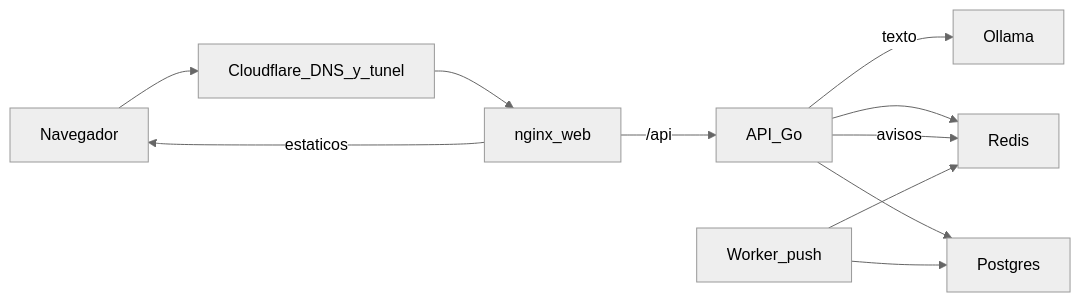
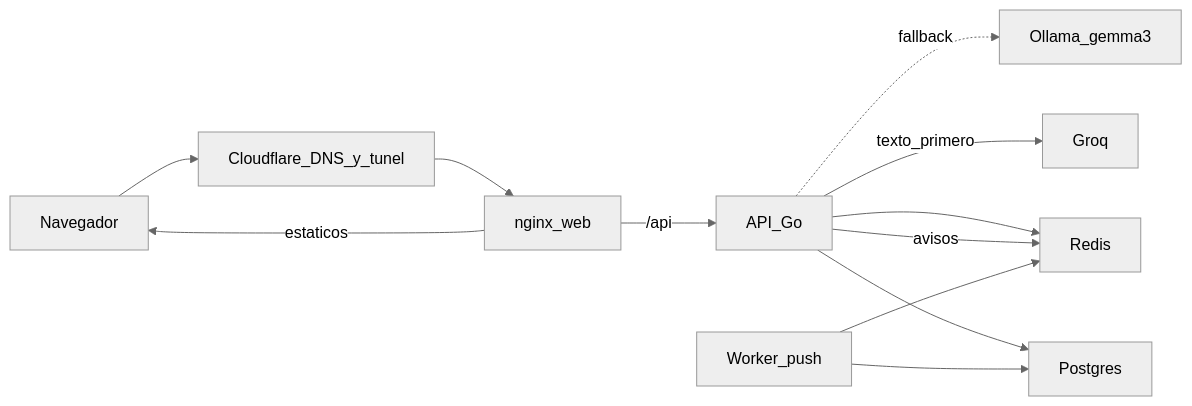
Before and after one commit to josh-94/APPRUMBO: the diagram in docs/arquitectura.md, drawn with Mermaid (neutral theme). The commit also changed other lines of this file and 5 other files, not shown here.

First line of the commit message:
Use gemma3:1b as Ollama fallback when Groq is unavailable.

````diff
--- a/docs/arquitectura.md
+++ b/docs/arquitectura.md
@@ -9,20 +9,22 @@
 ```mermaid
 flowchart LR
   browser[Navegador]
   cf[Cloudflare_DNS_y_tunel]
   web[nginx_web]
   api[API_Go]
   pg[Postgres]
   redis[Redis]
   worker[Worker_push]
-  ollama[Ollama]
+  groq[Groq]
+  ollama[Ollama_gemma3]
   browser --> cf --> web
   web -->|estaticos| browser
   web -->|/api| api
   api --> pg
   api --> redis
   api -->|avisos| redis
-  api -->|texto| ollama
+  api -->|texto_primero| groq
+  api -.->|fallback| ollama
   worker --> redis
   worker --> pg
 ```
````
